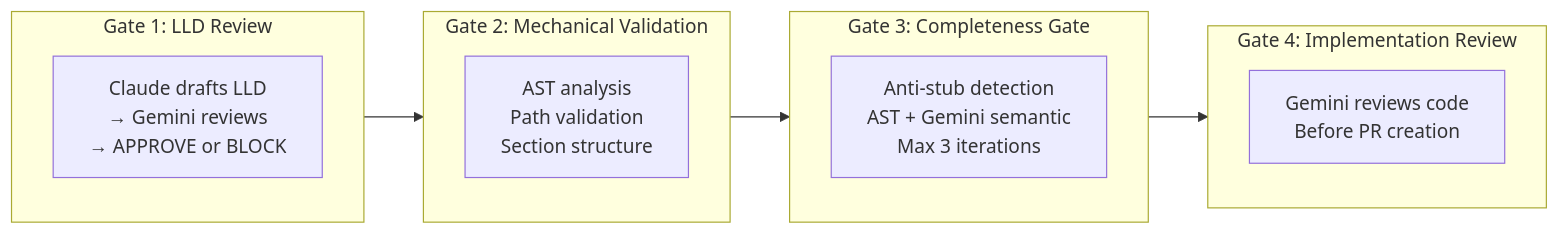
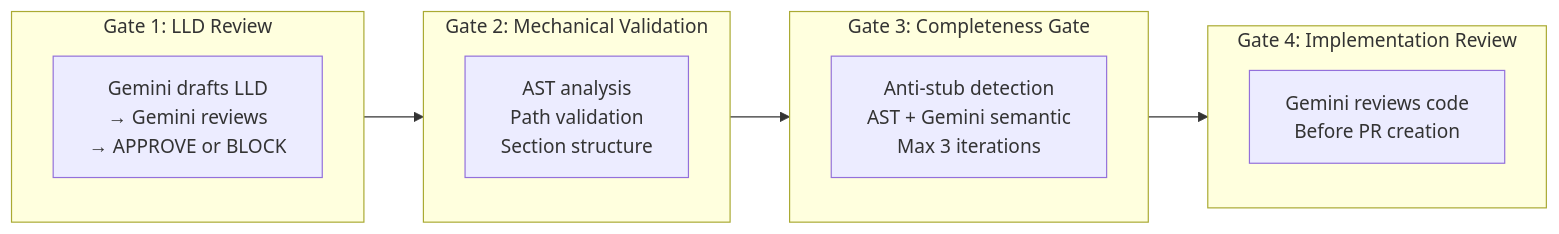
One commit to martymcenroe/AssemblyZero changed the third of 4 diagrams in wiki/Safety-and-Guardrails.md. Above: the diagram before and after it, drawn with Mermaid. The commit also changed 19 other files, not shown here.

````diff
--- a/wiki/Safety-and-Guardrails.md
+++ b/wiki/Safety-and-Guardrails.md
@@ -168,22 +168,22 @@
 ```mermaid
 graph LR
     subgraph G1["Gate 1: LLD Review"]
-        R1["Claude drafts LLD<br/>→ Gemini reviews<br/>→ APPROVE or BLOCK"]
+        R1["Gemini drafts LLD<br/>→ Gemini reviews<br/>→ APPROVE or BLOCK"]
     end
 
     subgraph G2["Gate 2: Mechanical Validation"]
         R2["AST analysis<br/>Path validation<br/>Section structure"]
     end
 
     subgraph G3["Gate 3: Completeness Gate"]
         R3["Anti-stub detection<br/>AST + Gemini semantic<br/>Max 3 iterations"]
     end
 
     subgraph G4["Gate 4: Implementation Review"]
         R4["Gemini reviews code<br/>Before PR creation"]
     end
 
     G1 --> G2
     G2 --> G3
     G3 --> G4
 ```
````
